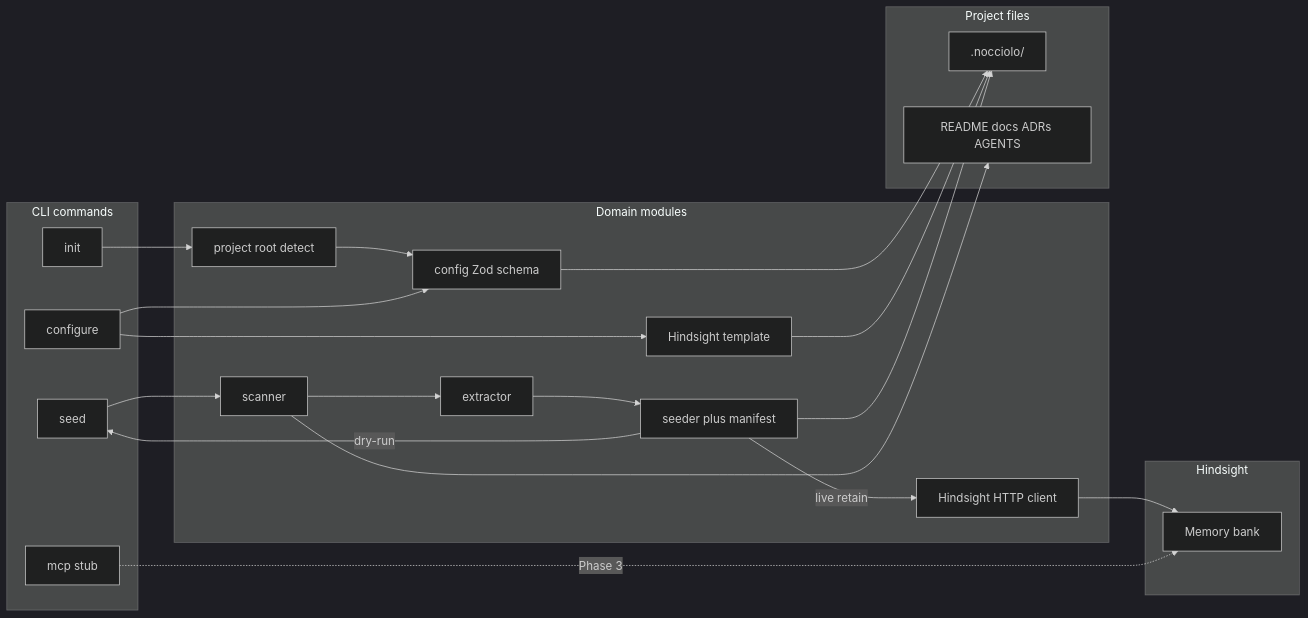
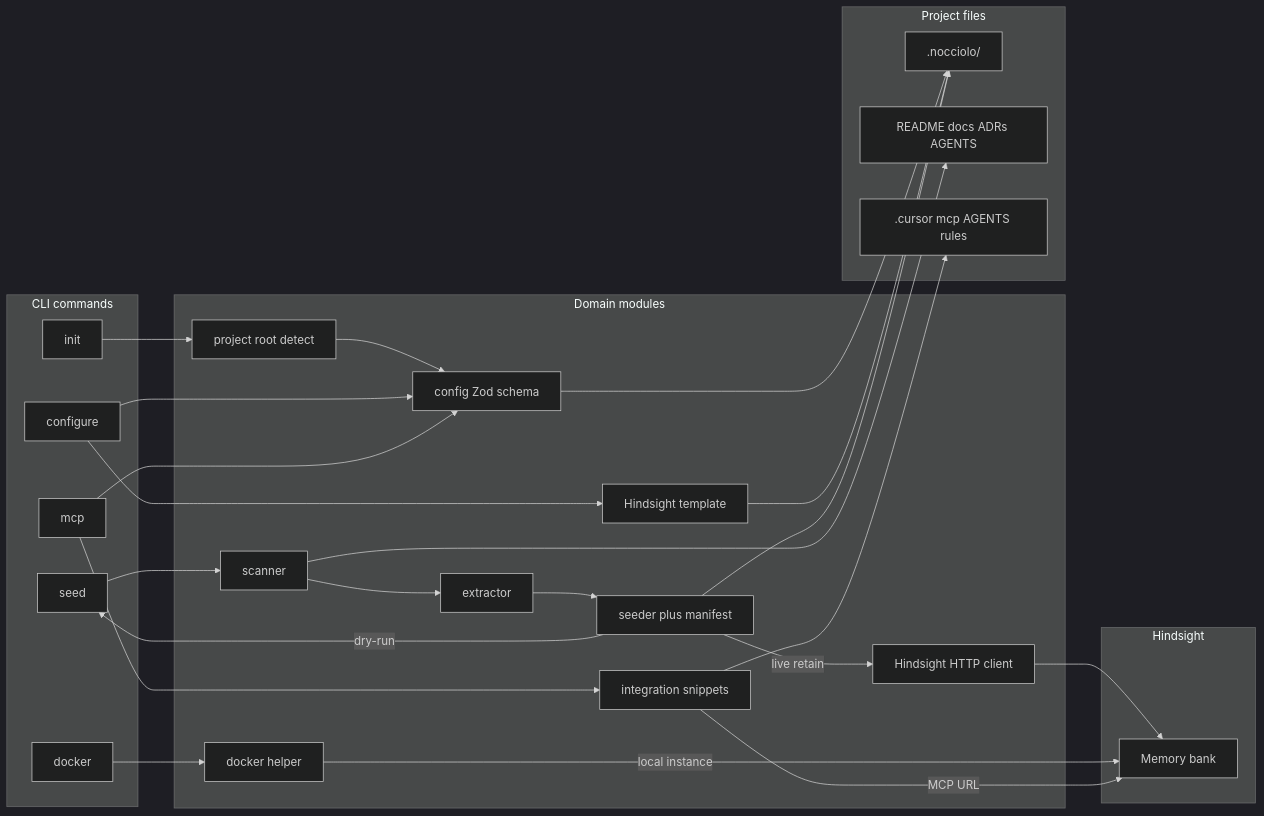
One commit to zanuka/cortex changed the first of 2 diagrams in docs/cli-architecture.md. Above: the diagram before and after it, drawn with Mermaid (dark theme). The commit also changed other lines of this file and 25 other files, not shown here.

First line of the commit message:
feat: complete Phase 3 local Hindsight hosting and agent MCP wiring

````diff
--- a/docs/cli-architecture.md
+++ b/docs/cli-architecture.md
@@ -21,39 +21,47 @@
 ```mermaid
 flowchart LR
   subgraph cli [CLI commands]
     initCmd[init]
     configureCmd[configure]
     seedCmd[seed]
-    mcpCmd[mcp stub]
+    dockerCmd[docker]
+    mcpCmd[mcp]
   end
 
   subgraph core [Domain modules]
     project[project root detect]
     config[config Zod schema]
     scanner[scanner]
     extractor[extractor]
     template[Hindsight template]
     seeder[seeder plus manifest]
     client[Hindsight HTTP client]
+    integration[integration snippets]
+    dockerHelper[docker helper]
   end
 
   subgraph disk [Project files]
     noccioloDir[".nocciolo/"]
     sources[README docs ADRs AGENTS]
+    agentFiles[".cursor mcp AGENTS rules"]
   end
 
   subgraph remote [Hindsight]
     bank[Memory bank]
   end
 
   initCmd --> project --> config --> noccioloDir
   configureCmd --> config
   configureCmd --> template --> noccioloDir
   seedCmd --> scanner --> sources
   scanner --> extractor
   extractor --> seeder
   seeder -->|dry-run| seedCmd
   seeder -->|live retain| client --> bank
   seeder --> noccioloDir
-  mcpCmd -.->|Phase 3| bank
+  dockerCmd --> dockerHelper
+  dockerHelper -->|local instance| bank
+  mcpCmd --> config
+  mcpCmd --> integration --> agentFiles
+  integration -->|MCP URL| bank
 ```
````
